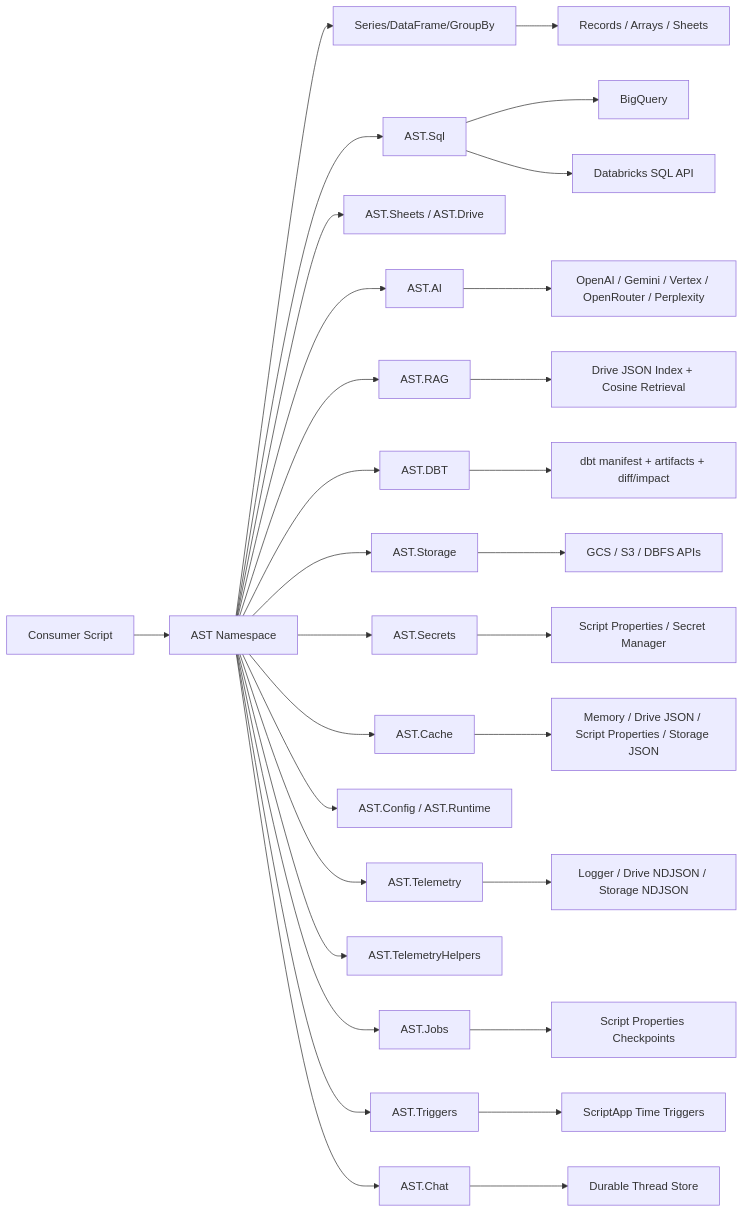
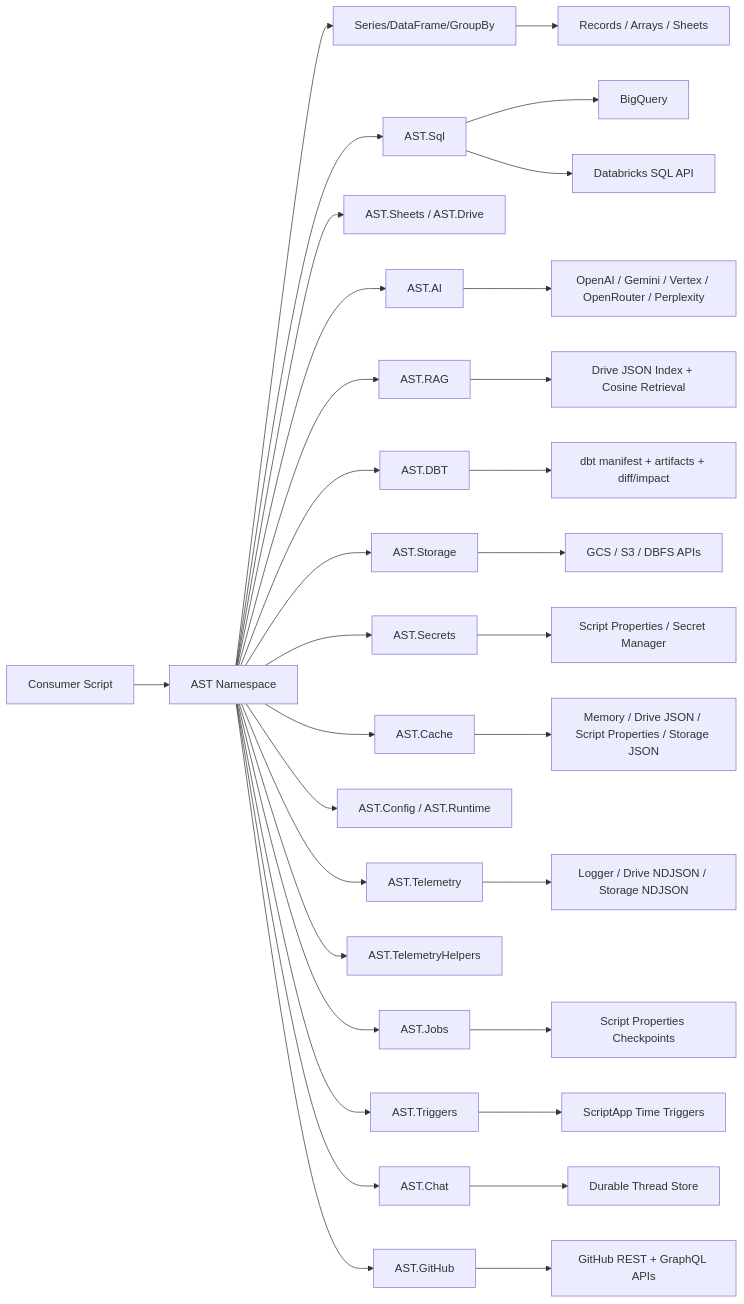
One commit to joe-broadhead/apps-script-tools changed the diagram in docs/index.md. Above: the diagram before and after it, drawn with Mermaid. The commit also changed other lines of this file and 45 other files, not shown here.

Commit message:
Add AST.GitHub toolkit with caching, dry-run, tests, and docs

````diff
--- a/docs/index.md
+++ b/docs/index.md
@@ -38,32 +39,34 @@
 ```mermaid
 flowchart LR
     A[Consumer Script] --> B[AST Namespace]
     B --> C[Series/DataFrame/GroupBy]
     B --> D[AST.Sql]
     B --> E[AST.Sheets / AST.Drive]
     B --> I[AST.AI]
     B --> K[AST.RAG]
     B --> Y[AST.DBT]
     B --> M[AST.Storage]
     B --> AA[AST.Secrets]
     B --> Q[AST.Cache]
     B --> S[AST.Config / AST.Runtime]
     B --> O[AST.Telemetry]
-    B --> V[AST.TelemetryHelpers]
+    B --> TH[AST.TelemetryHelpers]
     B --> T[AST.Jobs]
     B --> AC[AST.Triggers]
     B --> W[AST.Chat]
+    B --> GH[AST.GitHub]
     D --> F[BigQuery]
     D --> G[Databricks SQL API]
     I --> J[OpenAI / Gemini / Vertex / OpenRouter / Perplexity]
     K --> L[Drive JSON Index + Cosine Retrieval]
     Y --> Z[dbt manifest + artifacts + diff/impact]
     M --> N[GCS / S3 / DBFS APIs]
     AA --> AB["Script Properties / Secret Manager"]
     Q --> R["Memory / Drive JSON / Script Properties / Storage JSON"]
     O --> P[Logger / Drive NDJSON / Storage NDJSON]
     T --> U["Script Properties Checkpoints"]
     AC --> AD["ScriptApp Time Triggers"]
     W --> X["Durable Thread Store"]
+    GH --> GHAPI[GitHub REST + GraphQL APIs]
     C --> H[Records / Arrays / Sheets]
 ```
````
